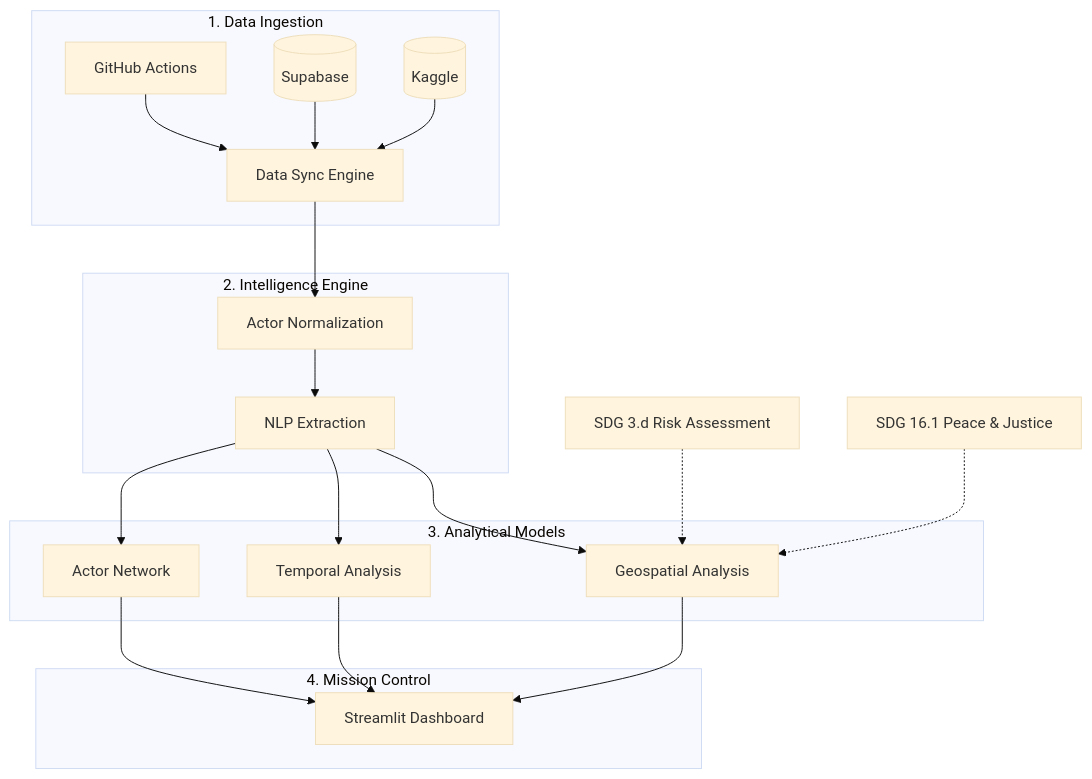
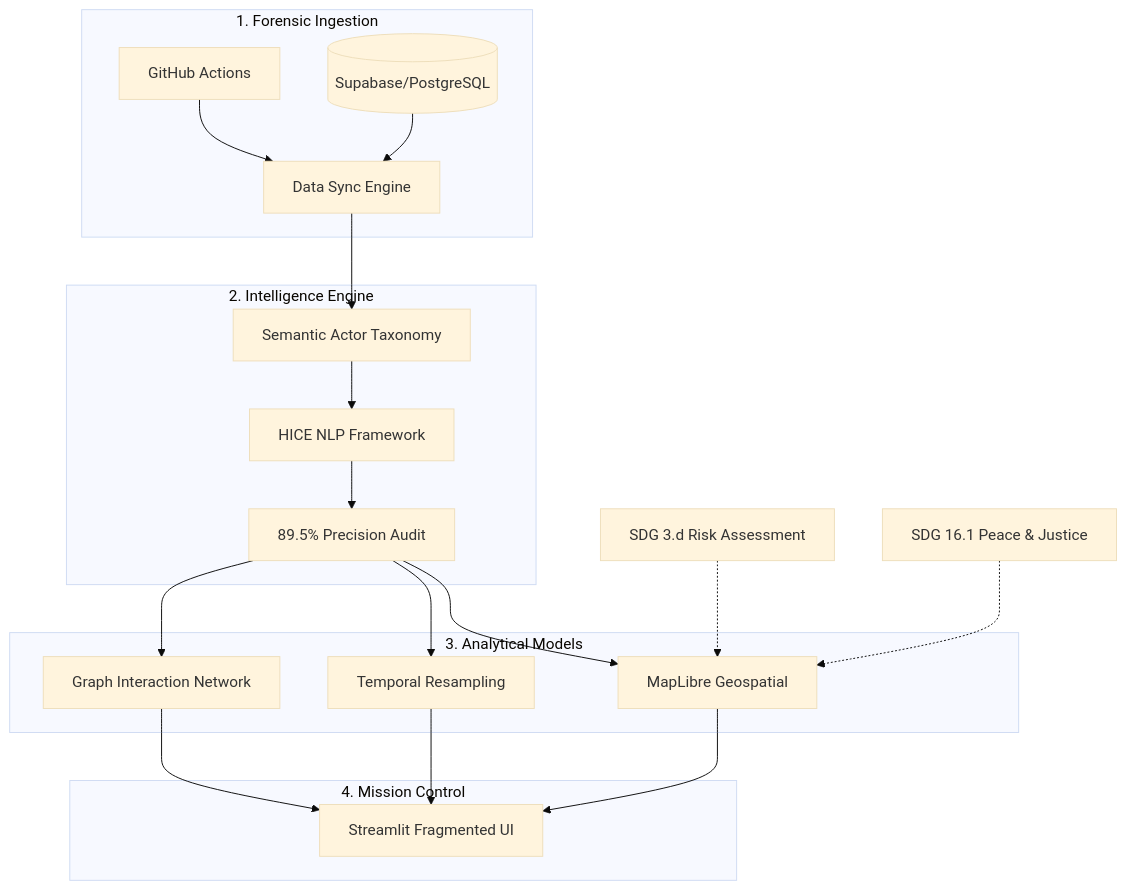
Before and after one commit to TainYanTun/Myanmar-conflict-observatory: the diagram in README.md, drawn with Mermaid (base theme). The commit also changed other lines of this file and 1 other file, not shown here.

````diff
--- a/README.md
+++ b/README.md
@@ -17,52 +35,52 @@
 ```mermaid
 flowchart TD
 
-%% Strategic Alignment (external)
+%% Strategic Alignment
 SDG3[SDG 3.d Risk Assessment]
 SDG16[SDG 16.1 Peace & Justice]
 
 %% 1. Data Ingestion
-subgraph "1. Data Ingestion"
+subgraph "1. Forensic Ingestion"
     GHA[GitHub Actions]
     Sync[Data Sync Engine]
-    Supabase[(Supabase)]
-    Kaggle[(Kaggle)]
-
+    Supabase[(Supabase/PostgreSQL)]
+    
     GHA --> Sync
     Supabase --> Sync
-    Kaggle --> Sync
 end
 
 %% 2. Intelligence Engine
 subgraph "2. Intelligence Engine"
-    Actor[Actor Normalization]
-    NLP[NLP Extraction]
+    Actor[Semantic Actor Taxonomy]
+    NLP[HICE NLP Framework]
+    Validation[89.5% Precision Audit]
 
     Sync --> Actor
     Actor --> NLP
+    NLP --> Validation
 end
 
 %% 3. Analytical Models
 subgraph "3. Analytical Models"
-    Geo[Geospatial Analysis]
-    Temp[Temporal Analysis]
-    Net[Actor Network]
+    Geo[MapLibre Geospatial]
+    Temp[Temporal Resampling]
+    Net[Graph Interaction Network]
 
-    NLP --> Geo
-    NLP --> Temp
-    NLP --> Net
+    Validation --> Geo
+    Validation --> Temp
+    Validation --> Net
 end
 
 %% 4. Mission Control
 subgraph "4. Mission Control"
-    Dashboard[Streamlit Dashboard]
+    Dashboard[Streamlit Fragmented UI]
 
     Geo --> Dashboard
     Temp --> Dashboard
     Net --> Dashboard
 end
 
 %% Strategic influence
 SDG3 -.-> Geo
 SDG16 -.-> Geo
 ```
````
